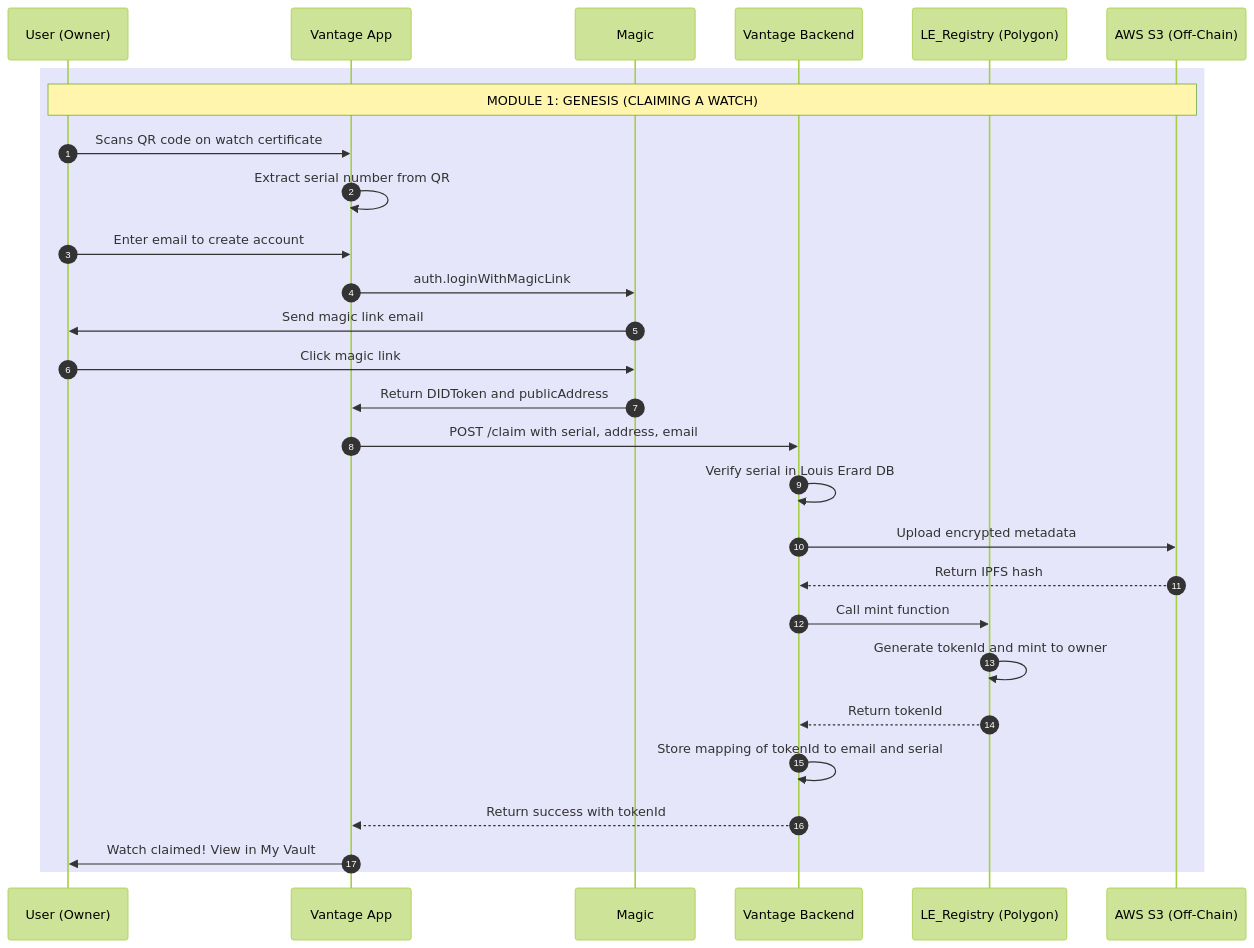
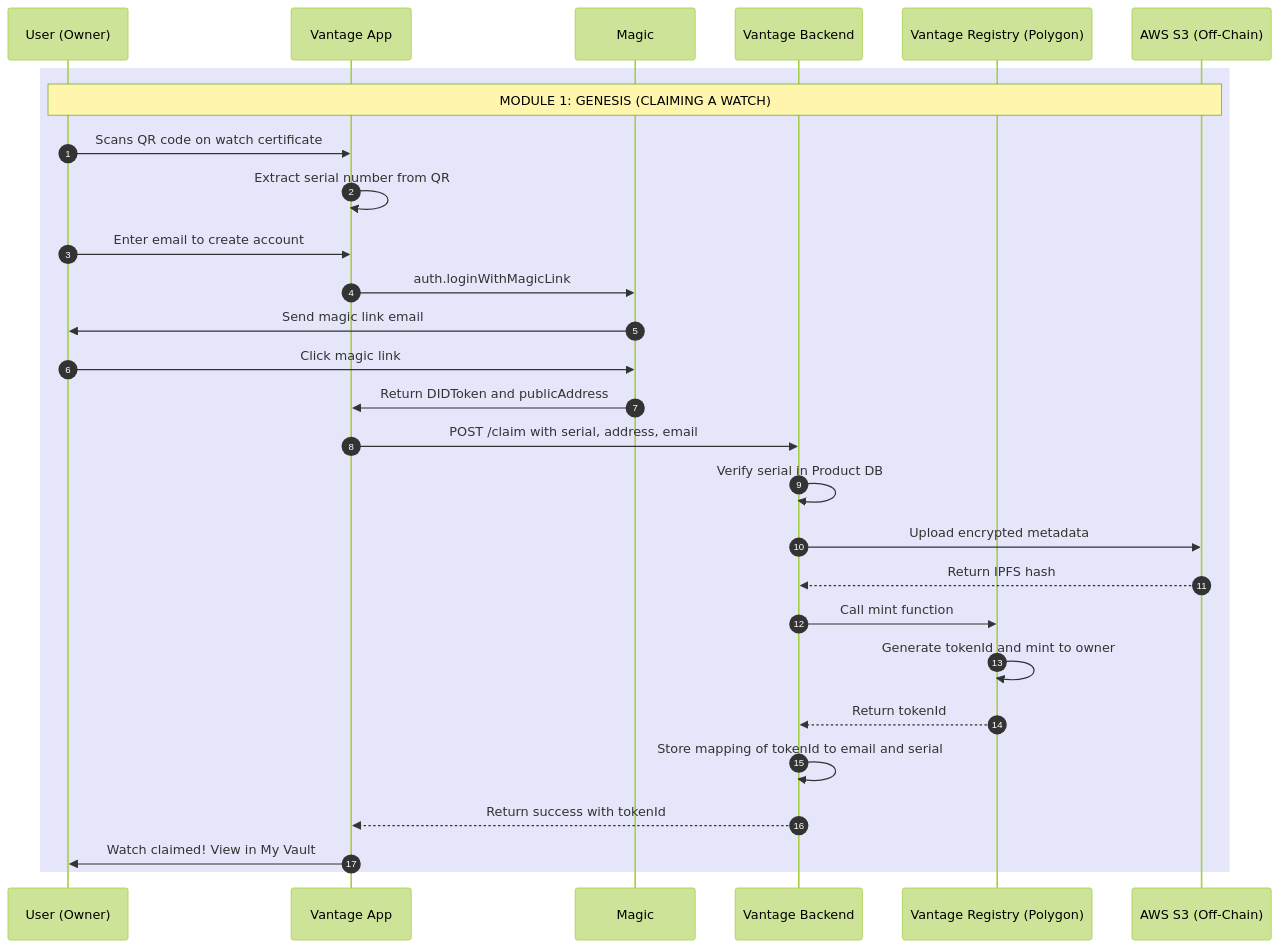
The first of 2 diagrams in vantage-technical-spec.md (ChangoBuitrago/vantage), drawn with Mermaid (forest theme) before and after one commit. The commit also changed other lines of this file, not shown here.

````diff
--- a/vantage-technical-spec.md
+++ b/vantage-technical-spec.md
@@ -331,31 +332,31 @@
 ```mermaid
 sequenceDiagram
     autonumber
     participant U as User (Owner)
     participant App as Vantage App
     participant Magic as Magic
     participant Backend as Vantage Backend
-    participant Contract as LE_Registry (Polygon)
+    participant Contract as Vantage Registry (Polygon)
     participant S3 as AWS S3 (Off-Chain)
 
     rect rgb(230, 230, 250)
         Note over U, S3: MODULE 1: GENESIS (CLAIMING A WATCH)
         U->>App: Scans QR code on watch certificate
         App->>App: Extract serial number from QR
         U->>App: Enter email to create account
         App->>Magic: auth.loginWithMagicLink
         Magic->>U: Send magic link email
         U->>Magic: Click magic link
         Magic->>App: Return DIDToken and publicAddress
         App->>Backend: POST /claim with serial, address, email
-        Backend->>Backend: Verify serial in Louis Erard DB
+        Backend->>Backend: Verify serial in Product DB
         Backend->>S3: Upload encrypted metadata
         S3-->>Backend: Return IPFS hash
         Backend->>Contract: Call mint function
         Contract->>Contract: Generate tokenId and mint to owner
         Contract-->>Backend: Return tokenId
         Backend->>Backend: Store mapping of tokenId to email and serial
         Backend-->>App: Return success with tokenId
         App->>U: Watch claimed! View in My Vault
     end
 ```
````
